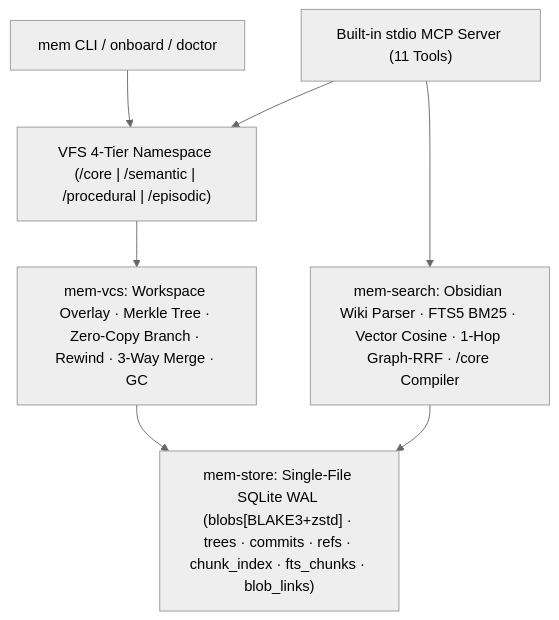
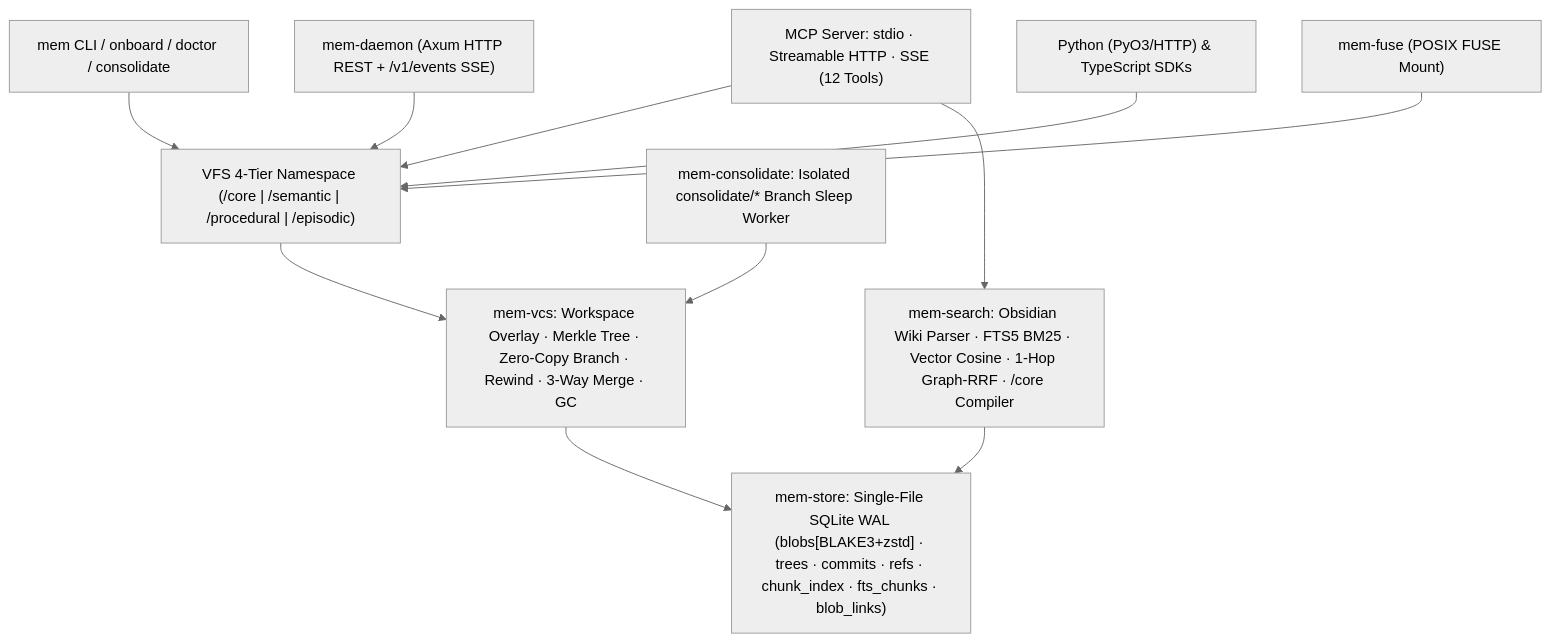
Before and after one commit to z23ng/engram: the diagram in README.md, drawn with Mermaid (neutral theme). The commit also changed other lines of this file and 60 other files, not shown here.

Commit message:
feat: complete mem-consolidate, mem-daemon, mem-fuse, and Python/TypeScript SDKs

````diff
--- a/README.md
+++ b/README.md
@@ -84,10 +84,14 @@
 ```mermaid
 flowchart TB
-    CLI["mem CLI / onboard / doctor"] --> VFS
-    MCP["Built-in stdio MCP Server (11 Tools)"] --> VFS
+    CLI["mem CLI / onboard / doctor / consolidate"] --> VFS
+    MCP["MCP Server: stdio · Streamable HTTP · SSE (12 Tools)"] --> VFS
     MCP --> Search
+    Daemon["mem-daemon (Axum HTTP REST + /v1/events SSE)"] --> VFS
+    SDK["Python (PyO3/HTTP) & TypeScript SDKs"] --> VFS
+    FUSE["mem-fuse (POSIX FUSE Mount)"] --> VFS
     VFS["VFS 4-Tier Namespace (/core | /semantic | /procedural | /episodic)"] --> VCS
     VCS["mem-vcs: Workspace Overlay · Merkle Tree · Zero-Copy Branch · Rewind · 3-Way Merge · GC"] --> Store
     Search["mem-search: Obsidian Wiki Parser · FTS5 BM25 · Vector Cosine · 1-Hop Graph-RRF · /core Compiler"] --> Store
+    Consolidate["mem-consolidate: Isolated consolidate/* Branch Sleep Worker"] --> VCS
     Store["mem-store: Single-File SQLite WAL (blobs[BLAKE3+zstd] · trees · commits · refs · chunk_index · fts_chunks · blob_links)"]
 ```
````
